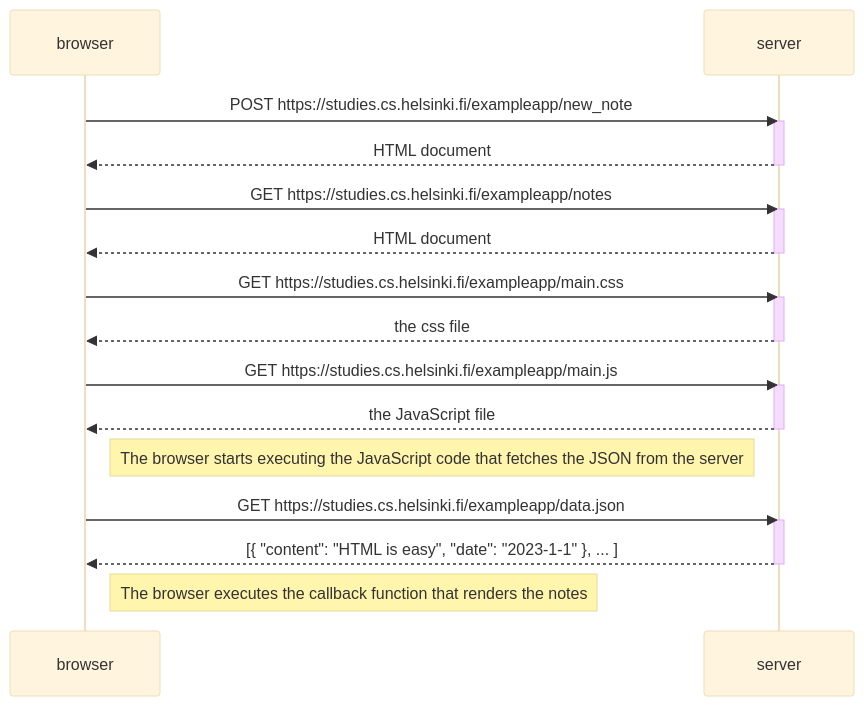
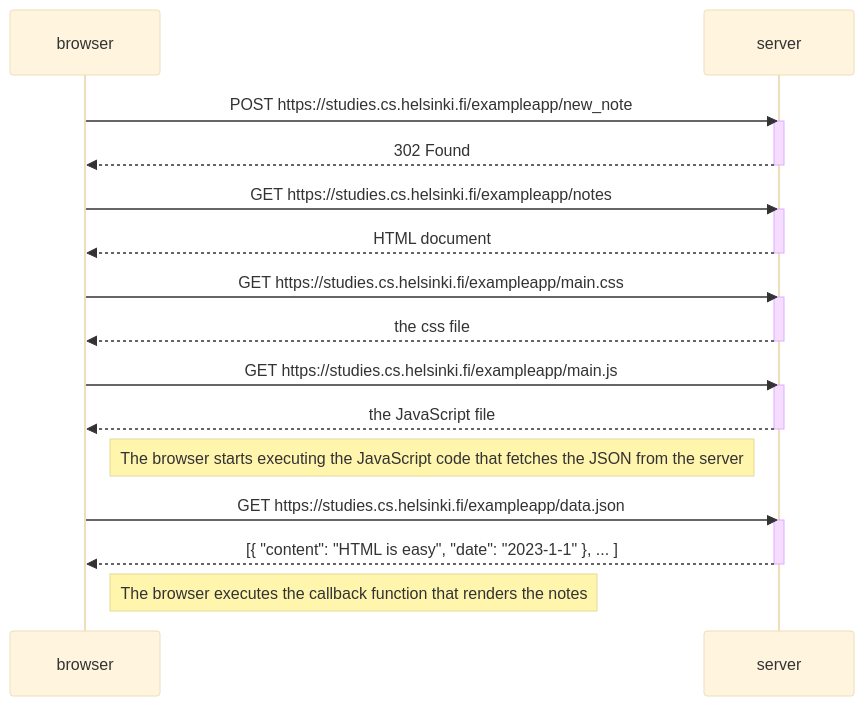
Before and after one commit to Snehali00/FullstackOpen.com: the diagram in Part0/0.4new_node.mmd, drawn with Mermaid (base theme).

Commit message:
correction 0.4new_node.mmd

```diff
--- a/Part0/0.4new_node.mmd
+++ b/Part0/0.4new_node.mmd
@@ -1,33 +1,33 @@
 sequenceDiagram
     participant browser
     participant server
     
 
     browser->>server: POST https://studies.cs.helsinki.fi/exampleapp/new_note
     activate server
-    server-->>browser: HTML document
+    server-->>browser: 302 Found
     deactivate server
 
     browser->>server: GET https://studies.cs.helsinki.fi/exampleapp/notes
     activate server
     server-->>browser: HTML document
     deactivate server
     
     browser->>server: GET https://studies.cs.helsinki.fi/exampleapp/main.css
     activate server
     server-->>browser: the css file
     deactivate server
     
     browser->>server: GET https://studies.cs.helsinki.fi/exampleapp/main.js
     activate server
     server-->>browser: the JavaScript file
     deactivate server
     
     Note right of browser: The browser starts executing the JavaScript code that fetches the JSON from the server
     
     browser->>server: GET https://studies.cs.helsinki.fi/exampleapp/data.json
     activate server
     server-->>browser: [{ "content": "HTML is easy", "date": "2023-1-1" }, ... ]
     deactivate server    
 
     Note right of browser: The browser executes the callback function that renders the notes 
```
